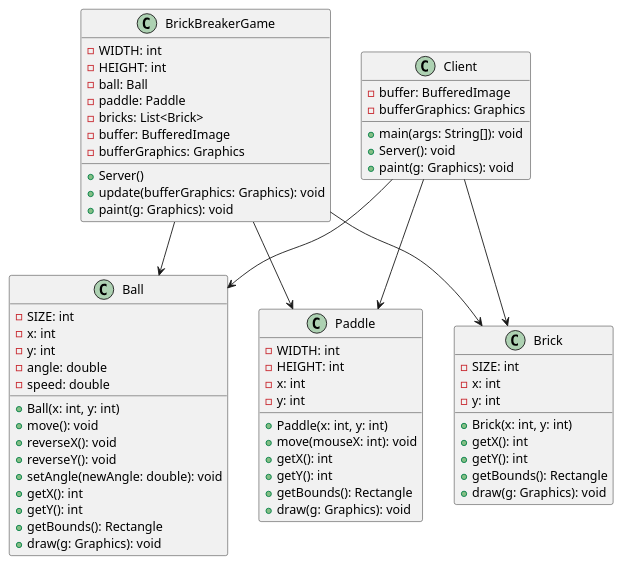
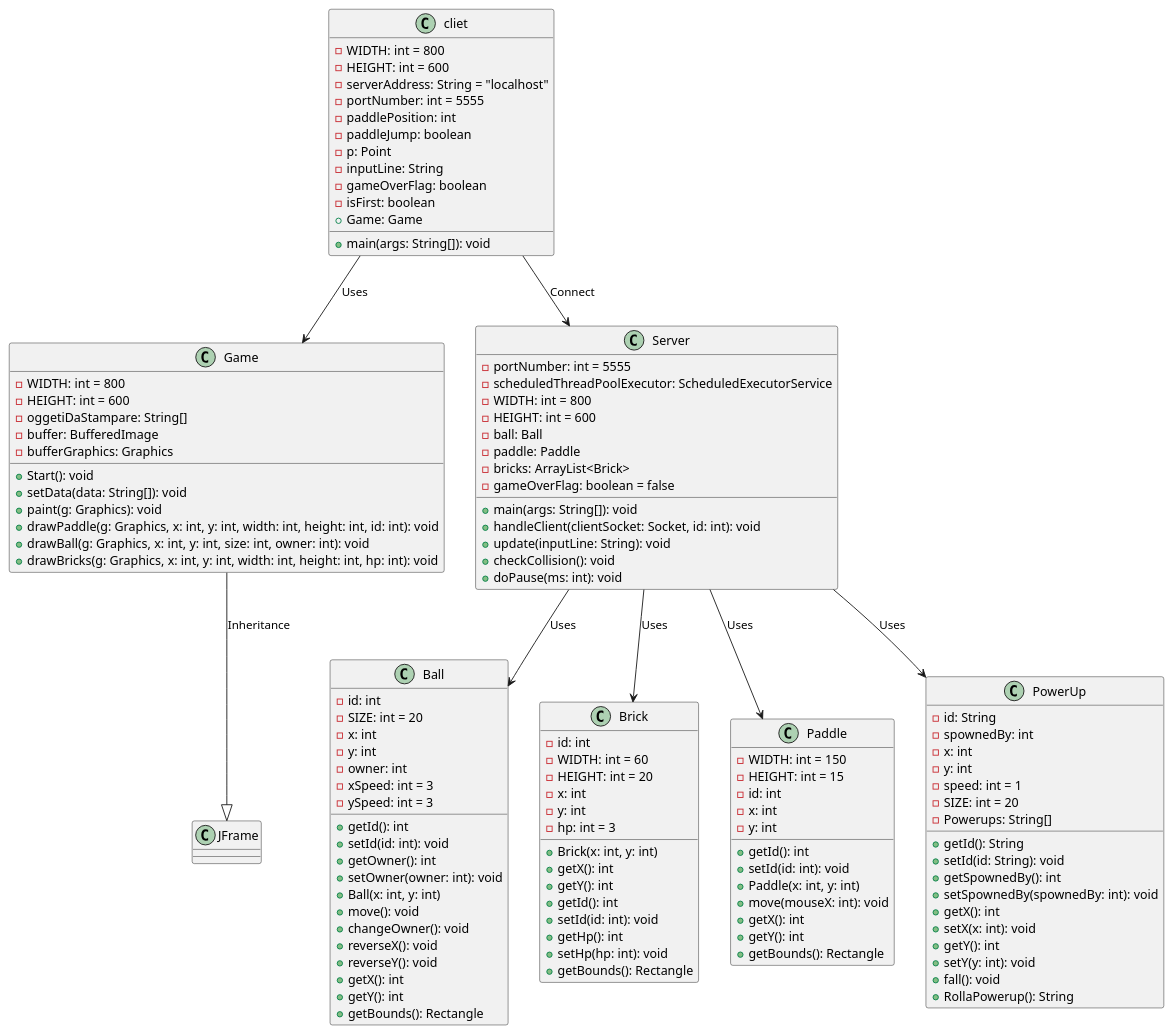
The diagram in RivalBallTournament/Documentazione/classDiagram.puml (GianaEnea/RivalBallTournament), drawn with PlantUML before and after one commit. The commit also changed 8 other files, not shown here.

```diff
--- a/RivalBallTournament/Documentazione/classDiagram.puml
+++ b/RivalBallTournament/Documentazione/classDiagram.puml
@@ -1,75 +1,130 @@
 @startuml
-class BrickBreakerGame {
-  -WIDTH: int
-  -HEIGHT: int
+
+class Game {
+  -WIDTH: int = 800
+  -HEIGHT: int = 600
+  -oggetiDaStampare: String[]
+  -buffer: BufferedImage
+  -bufferGraphics: Graphics
+  +Start(): void
+  +setData(data: String[]): void
+  +paint(g: Graphics): void
+  +drawPaddle(g: Graphics, x: int, y: int, width: int, height: int, id: int): void
+  +drawBall(g: Graphics, x: int, y: int, size: int, owner: int): void
+  +drawBricks(g: Graphics, x: int, y: int, width: int, height: int, hp: int): void
+}
+
+class cliet {
+  -WIDTH: int = 800
+  -HEIGHT: int = 600
+  -serverAddress: String = "localhost"
+  -portNumber: int = 5555
+  -paddlePosition: int
+  -paddleJump: boolean
+  -p: Point
+  -inputLine: String
+  -gameOverFlag: boolean
+  -isFirst: boolean
+  +main(args: String[]): void
+  +Game: Game
+}
+
+class Server {
+  -portNumber: int = 5555
+  -scheduledThreadPoolExecutor: ScheduledExecutorService
+  -WIDTH: int = 800
+  -HEIGHT: int = 600
   -ball: Ball
   -paddle: Paddle
-  -bricks: List<Brick>
-  -buffer: BufferedImage
-  -bufferGraphics: Graphics
-
-  +Server()
-  +update(bufferGraphics: Graphics): void
-  +paint(g: Graphics): void
+  -bricks: ArrayList<Brick>
+  -gameOverFlag: boolean = false
+  +main(args: String[]): void
+  +handleClient(clientSocket: Socket, id: int): void
+  +update(inputLine: String): void
+  +checkCollision(): void
+  +doPause(ms: int): void
 }
 
 class Ball {
-  -SIZE: int
+  -id: int
+  -SIZE: int = 20
   -x: int
   -y: int
-  -angle: double
-  -speed: double
-
+  -owner: int
+  -xSpeed: int = 3
+  -ySpeed: int = 3
+  +getId(): int
+  +setId(id: int): void
+  +getOwner(): int
+  +setOwner(owner: int): void
   +Ball(x: int, y: int)
   +move(): void
+  +changeOwner(): void
   +reverseX(): void
   +reverseY(): void
-  +setAngle(newAngle: double): void
   +getX(): int
   +getY(): int
   +getBounds(): Rectangle
-  +draw(g: Graphics): void
+}
+
+class Brick {
+  -id: int
+  -WIDTH: int = 60
+  -HEIGHT: int = 20
+  -x: int
+  -y: int
+  -hp: int = 3
+  +Brick(x: int, y: int)
+  +getX(): int
+  +getY(): int
+  +getId(): int
+  +setId(id: int): void
+  +getHp(): int
+  +setHp(hp: int): void
+  +getBounds(): Rectangle
 }
 
 class Paddle {
-  -WIDTH: int
-  -HEIGHT: int
+  -WIDTH: int = 150
+  -HEIGHT: int = 15
+  -id: int
   -x: int
   -y: int
-
+  +getId(): int
+  +setId(id: int): void
   +Paddle(x: int, y: int)
   +move(mouseX: int): void
   +getX(): int
   +getY(): int
   +getBounds(): Rectangle
-  +draw(g: Graphics): void
 }
 
-class Brick {
-  -SIZE: int
+class PowerUp {
+  -id: String
+  -spownedBy: int
   -x: int
   -y: int
-
-  +Brick(x: int, y: int)
+  -speed: int = 1
+  -SIZE: int = 20
+  -Powerups: String[]
+  +getId(): String
+  +setId(id: String): void
+  +getSpownedBy(): int
+  +setSpownedBy(spownedBy: int): void
   +getX(): int
+  +setX(x: int): void
   +getY(): int
-  +getBounds(): Rectangle
-  +draw(g: Graphics): void
+  +setY(y: int): void
+  +fall(): void
+  +RollaPowerup(): String
 }
 
-class Client {
-  -buffer: BufferedImage
-  -bufferGraphics: Graphics
 
-  +main(args: String[]): void
-  +Server(): void
-  +paint(g: Graphics): void
-}
-
-BrickBreakerGame --> Ball
-BrickBreakerGame --> Paddle
-BrickBreakerGame --> Brick
-Client --> Ball
-Client --> Paddle
-Client --> Brick
+Game --|> JFrame : Inheritance
+cliet --> Game : Uses
+cliet --> Server : Connect
+Server --> Brick : Uses
+Server --> Ball : Uses
+Server --> Paddle : Uses
+Server --> PowerUp : Uses
 @enduml
```
